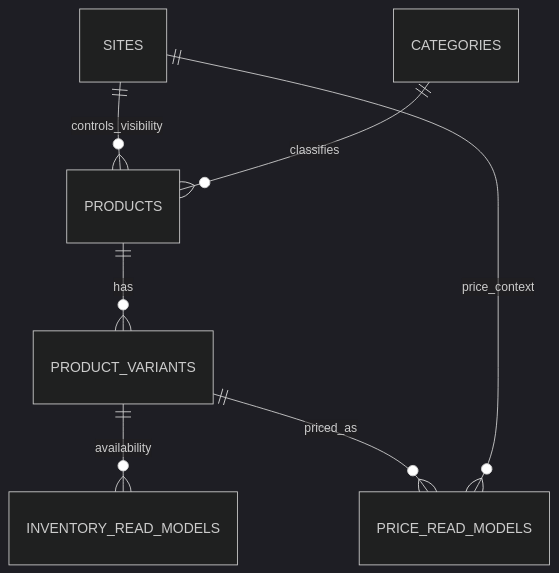
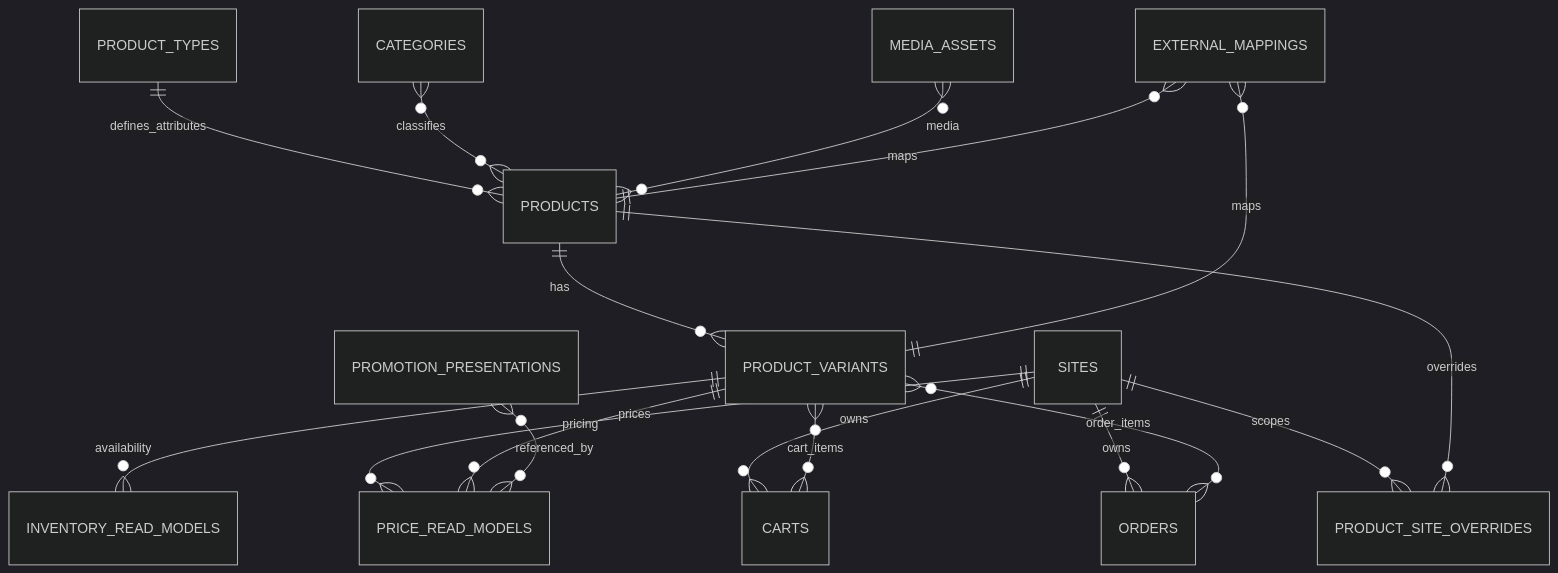
Before and after one commit to Kim-Thu/bikesport: the second of 4 diagrams in docs/06-engineering/database-architecture.md, drawn with Mermaid (dark theme). The commit also changed other lines of this file, not shown here.

````diff
--- a/docs/06-engineering/database-architecture.md
+++ b/docs/06-engineering/database-architecture.md
@@ -231,9 +498,22 @@
 ```mermaid
 erDiagram
-    SITES ||--o{ PRODUCTS : controls_visibility
-    CATEGORIES ||--o{ PRODUCTS : classifies
+    SITES ||--o{ PRODUCT_SITE_OVERRIDES : scopes
+    SITES ||--o{ PRICE_READ_MODELS : prices
+    SITES ||--o{ CARTS : owns
+    SITES ||--o{ ORDERS : owns
+
+    PRODUCT_TYPES ||--o{ PRODUCTS : defines_attributes
+    CATEGORIES }o--o{ PRODUCTS : classifies
     PRODUCTS ||--o{ PRODUCT_VARIANTS : has
+    PRODUCTS ||--o{ PRODUCT_SITE_OVERRIDES : overrides
+    MEDIA_ASSETS }o--o{ PRODUCTS : media
+
     PRODUCT_VARIANTS ||--o{ INVENTORY_READ_MODELS : availability
-    PRODUCT_VARIANTS ||--o{ PRICE_READ_MODELS : priced_as
-    SITES ||--o{ PRICE_READ_MODELS : price_context
+    PRODUCT_VARIANTS ||--o{ PRICE_READ_MODELS : pricing
+    PRODUCT_VARIANTS }o--o{ CARTS : cart_items
+    PRODUCT_VARIANTS }o--o{ ORDERS : order_items
+
+    PROMOTION_PRESENTATIONS }o--o{ PRICE_READ_MODELS : referenced_by
+    EXTERNAL_MAPPINGS }o--|| PRODUCTS : maps
+    EXTERNAL_MAPPINGS }o--|| PRODUCT_VARIANTS : maps
 ```
````
